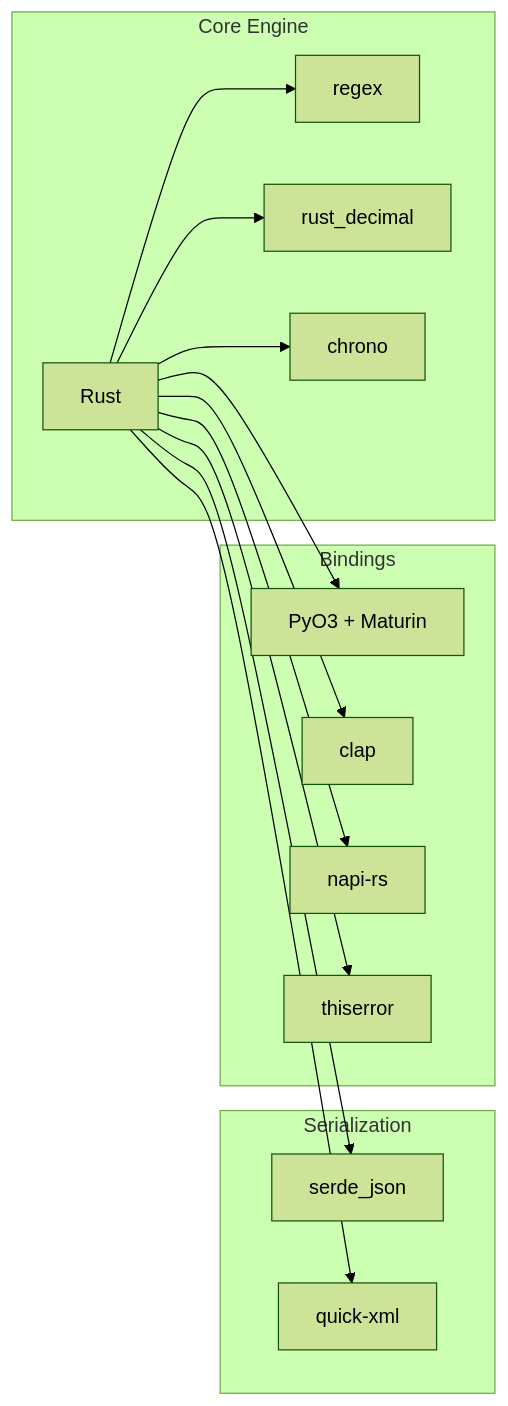
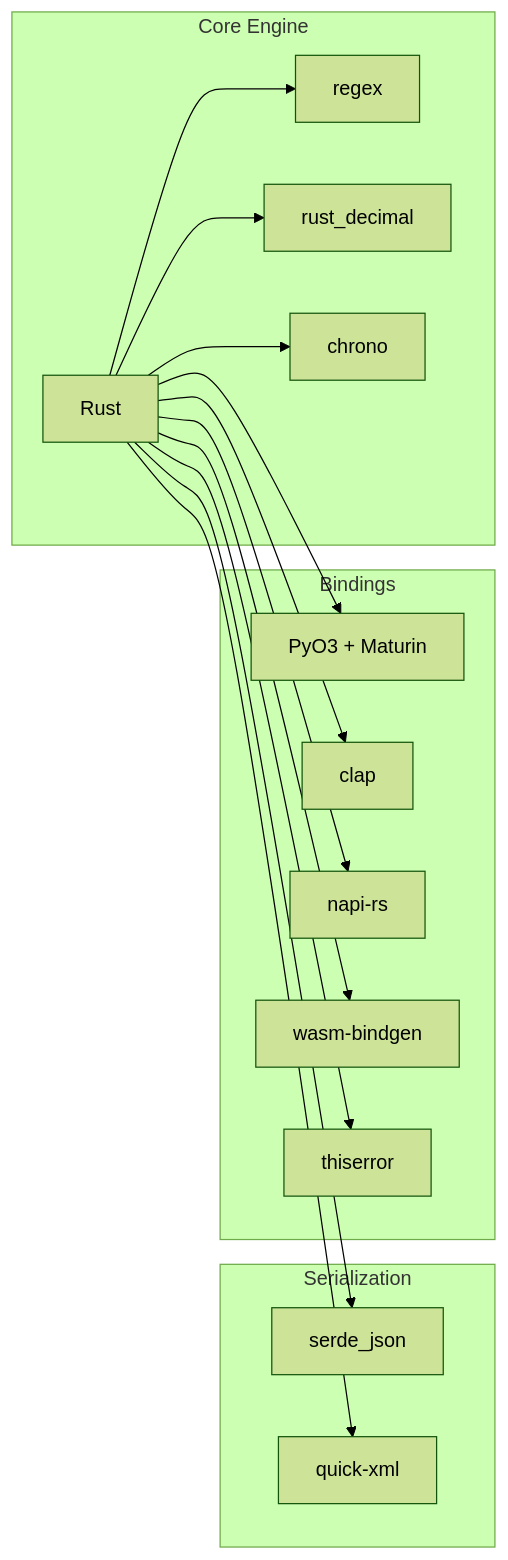
Before and after one commit to tahzeer/x940: diagram 11 of 13 in TECHNICAL.md, drawn with Mermaid (forest theme). The commit also changed other lines of this file and 4 other files, not shown here.

````diff
--- a/TECHNICAL.md
+++ b/TECHNICAL.md
@@ -245,31 +250,33 @@
 ```mermaid
 graph LR
     subgraph "Core Engine"
         rust[Rust]
         regex[regex]
         decimal[rust_decimal]
         chrono[chrono]
     end
 
     subgraph "Serialization"
         serde[serde_json]
         quickxml[quick-xml]
     end
 
     subgraph "Bindings"
         pyo3[PyO3 + Maturin]
         clap[clap]
         napi[napi-rs]
+        wasmbind[wasm-bindgen]
         thiserror[thiserror]
     end
 
     rust --> regex
     rust --> decimal
     rust --> chrono
     rust --> serde
     rust --> quickxml
     rust --> pyo3
     rust --> clap
     rust --> napi
+    rust --> wasmbind
     rust --> thiserror
 ```
````
